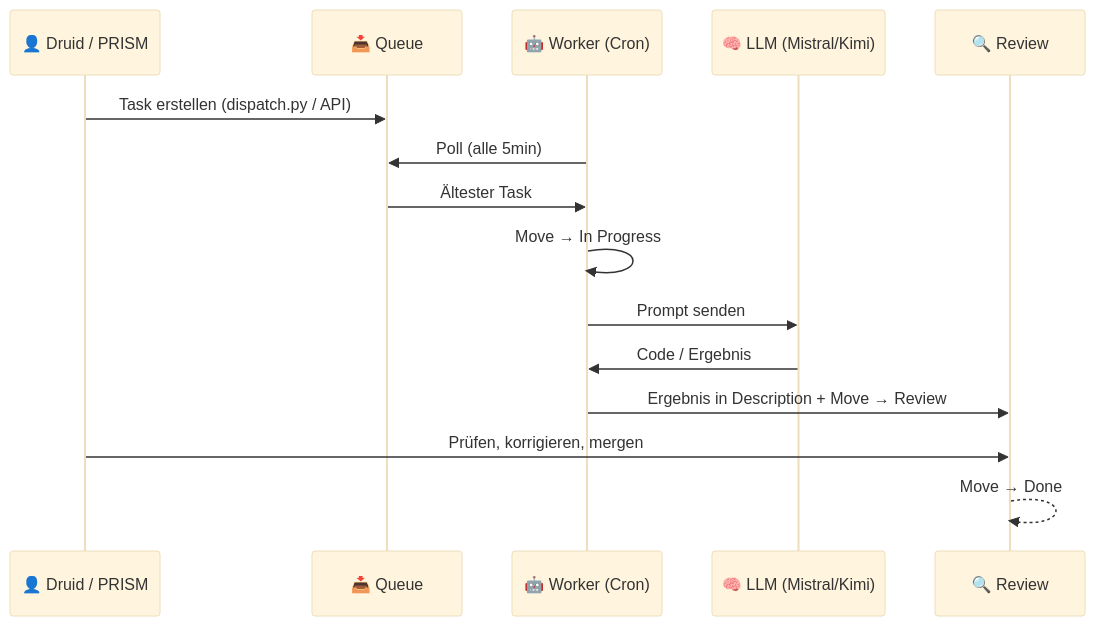
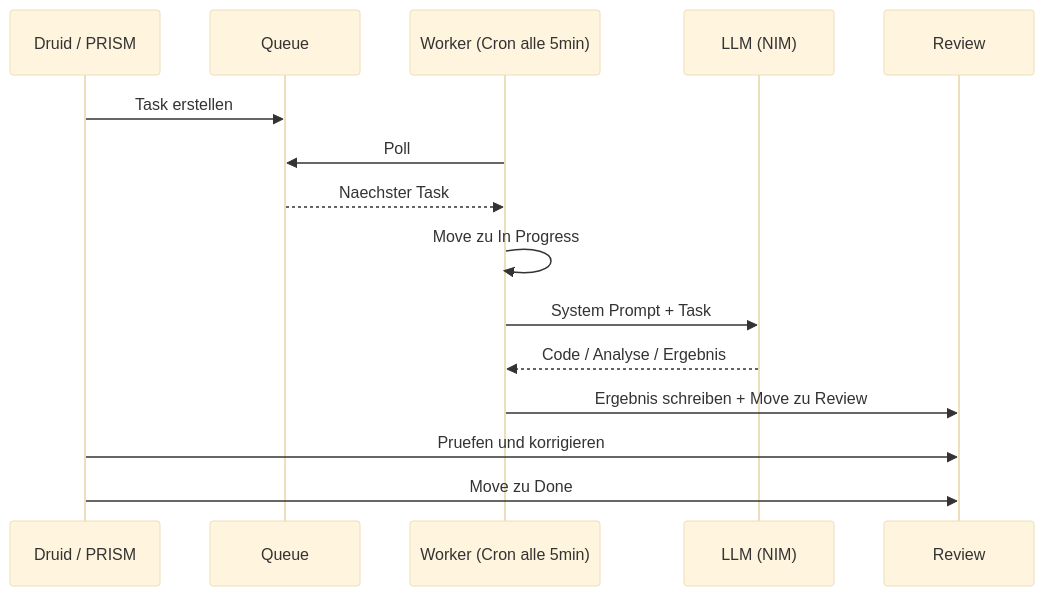
Before and after one commit to AstroGolem224/Agent-Pipeline: the third of 3 diagrams in README.md, drawn with Mermaid (base theme). The commit also changed other lines of this file, not shown here.

Commit message:
docs: README komplett überarbeitet — Mermaid fixes, Nemotron Tier, 3 Diagramme

````diff
--- a/README.md
+++ b/README.md
@@ -42,18 +71,18 @@
 ```mermaid
 sequenceDiagram
-    participant D as 👤 Druid / PRISM
-    participant Q as 📥 Queue
-    participant W as 🤖 Worker (Cron)
-    participant L as 🧠 LLM (Mistral/Kimi)
-    participant R as 🔍 Review
+    participant D as Druid / PRISM
+    participant Q as Queue
+    participant W as Worker (Cron alle 5min)
+    participant L as LLM (NIM)
+    participant R as Review
 
-    D->>Q: Task erstellen (dispatch.py / API)
-    W->>Q: Poll (alle 5min)
-    Q->>W: Ältester Task
-    W->>W: Move → In Progress
-    W->>L: Prompt senden
-    L->>W: Code / Ergebnis
-    W->>R: Ergebnis in Description + Move → Review
-    D->>R: Prüfen, korrigieren, mergen
-    R-->>R: Move → Done
+    D->>Q: Task erstellen
+    W->>Q: Poll
+    Q-->>W: Naechster Task
+    W->>W: Move zu In Progress
+    W->>L: System Prompt + Task
+    L-->>W: Code / Analyse / Ergebnis
+    W->>R: Ergebnis schreiben + Move zu Review
+    D->>R: Pruefen und korrigieren
+    D->>R: Move zu Done
 ```
````
